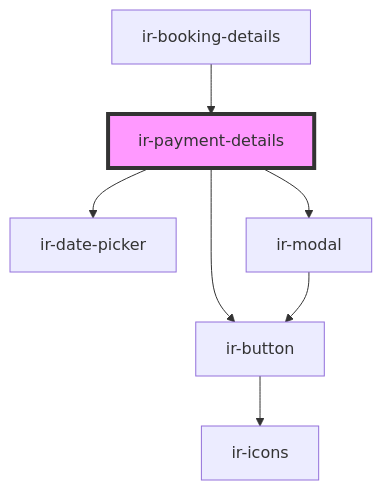
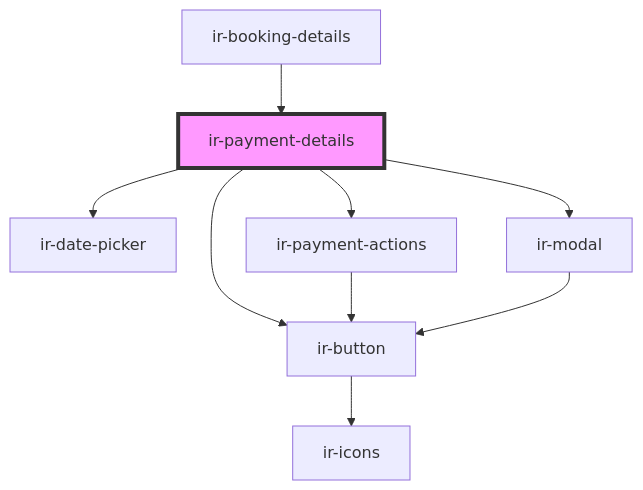
One commit to David1Chowaifaty/modified-ir-webcmp changed the diagram in src/components/ir-booking-details/ir-payment-details/readme.md. Above: the diagram before and after it, drawn with Mermaid. The commit also changed other lines of this file and 13 other files, not shown here.

````diff
--- a/src/components/ir-booking-details/ir-payment-details/readme.md
+++ b/src/components/ir-booking-details/ir-payment-details/readme.md
@@ -39,10 +40,12 @@
 ```mermaid
 graph TD;
   ir-payment-details --> ir-date-picker
   ir-payment-details --> ir-button
+  ir-payment-details --> ir-payment-actions
   ir-payment-details --> ir-modal
   ir-button --> ir-icons
+  ir-payment-actions --> ir-button
   ir-modal --> ir-button
   ir-booking-details --> ir-payment-details
   style ir-payment-details fill:#f9f,stroke:#333,stroke-width:4px
 ```
````
